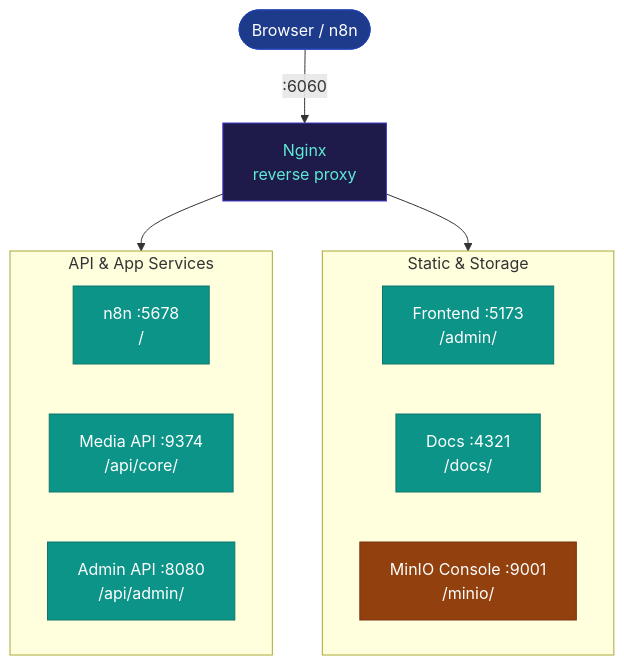
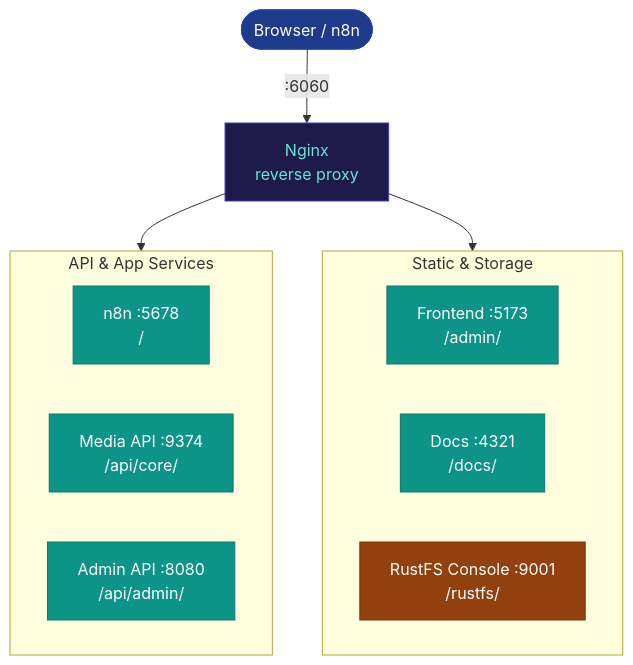
One commit to 1atharvad/n8n-self-hosted changed the diagram in docs/src/content/docs/architecture/nginx-routing.md. Above: the diagram before and after it, drawn with Mermaid. The commit also changed other lines of this file and 20 other files, not shown here.

First line of the commit message:
Rename minio service/container/path to rustfs throughout

````diff
--- a/docs/src/content/docs/architecture/nginx-routing.md
+++ b/docs/src/content/docs/architecture/nginx-routing.md
@@ -12,29 +12,29 @@
 ```mermaid
 flowchart TD
     Client(["Browser / n8n"]) -->|":6060"| Nginx["Nginx\nreverse proxy"]
 
     subgraph APIs["API & App Services"]
         n8n["n8n  :5678\n /"]
         MediaAPI["Media API  :9374\n /api/core/"]
         AdminAPI["Admin API  :8080\n /api/admin/"]
     end
 
     subgraph Static["Static & Storage"]
         Frontend["Frontend  :5173\n /admin/"]
         Docs["Docs  :4321\n /docs/"]
-        MinIO["MinIO Console  :9001\n /minio/"]
+        RustFS["RustFS Console  :9001\n /rustfs/"]
     end
 
     Nginx --> APIs
     Nginx --> Static
 
     classDef svc fill:#0d9488,color:#fff,stroke:#0f766e
     classDef proxy fill:#1e1b4b,color:#5eead4,stroke:#4338ca
     classDef ext fill:#1e3a8a,color:#fff,stroke:#1e40af
     classDef store fill:#92400e,color:#fff,stroke:#78350f
 
     class n8n,MediaAPI,AdminAPI,Frontend,Docs svc
     class Nginx proxy
     class Client ext
-    class MinIO store
+    class RustFS store
 ```
````
